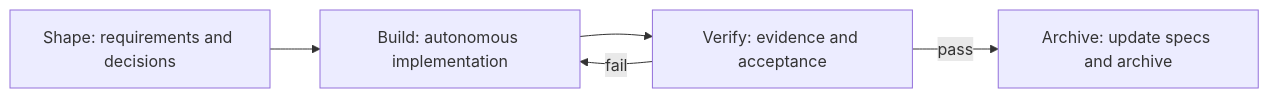
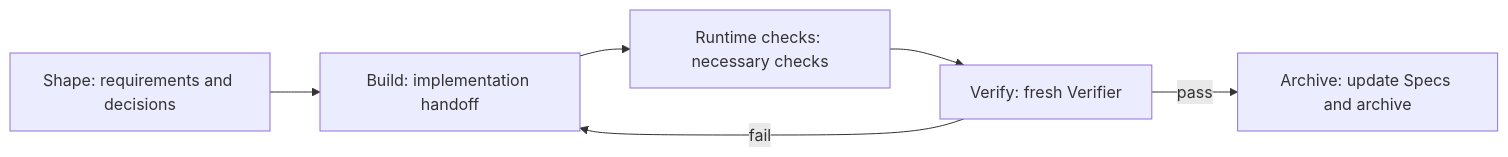
The diagram in en/native/quickstart.mdx (rpamis/comet-website-docs), drawn with Mermaid before and after one commit. The commit also changed other lines of this file and 45 other files, not shown here.

````diff
--- a/en/native/quickstart.mdx
+++ b/en/native/quickstart.mdx
@@ -12,7 +10,8 @@
 ```mermaid
 flowchart LR
-  S["Shape: requirements and decisions"] --> B["Build: autonomous implementation"]
-  B --> V["Verify: evidence and acceptance"]
-  V -->|pass| A["Archive: update specs and archive"]
+  S["Shape: requirements and decisions"] --> B["Build: implementation handoff"]
+  B --> C["Runtime checks: necessary checks"]
+  C --> V["Verify: fresh Verifier"]
+  V -->|pass| A["Archive: update Specs and archive"]
   V -->|fail| B
 ```
````
